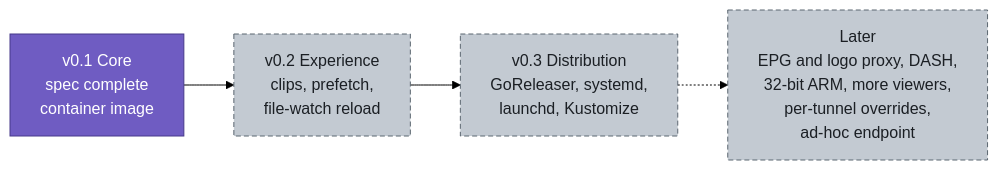
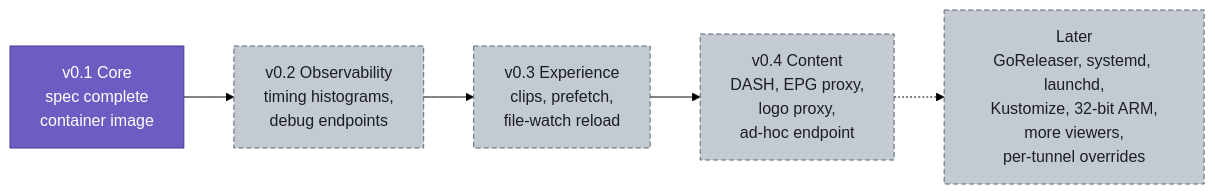
Before and after one commit to KingOfKalk/wg-stream-proxy: diagram 15 of 17 in docs/architecture.md, drawn with Mermaid (forest theme). The commit also changed other lines of this file and 3 other files, not shown here.

Commit message:
docs(spec): reorder the roadmap: v0.2 Observability, v0.3 Experience, v0.4 Content (#91)

````diff
--- a/docs/architecture.md
+++ b/docs/architecture.md
@@ -849,11 +850,12 @@
 ```mermaid
 flowchart LR
     v01["v0.1 Core<br/>spec complete<br/>container image"]:::proxy
-    v02["v0.2 Experience<br/>clips, prefetch,<br/>file-watch reload"]:::later
-    v03["v0.3 Distribution<br/>GoReleaser, systemd,<br/>launchd, Kustomize"]:::later
-    later["Later<br/>EPG and logo proxy, DASH,<br/>32-bit ARM, more viewers,<br/>per-tunnel overrides,<br/>ad-hoc endpoint"]:::later
-    v01 --> v02 --> v03 -.-> later
+    v02["v0.2 Observability<br/>timing histograms,<br/>debug endpoints"]:::later
+    v03["v0.3 Experience<br/>clips, prefetch,<br/>file-watch reload"]:::later
+    v04["v0.4 Content<br/>DASH, EPG proxy,<br/>logo proxy,<br/>ad-hoc endpoint"]:::later
+    later["Later<br/>GoReleaser, systemd, launchd,<br/>Kustomize, 32-bit ARM,<br/>more viewers,<br/>per-tunnel overrides"]:::later
+    v01 --> v02 --> v03 --> v04 -.-> later
 
     classDef proxy fill:#6f5cc2,stroke:#46398a,color:#ffffff
     classDef later fill:#c3cad2,stroke:#5b6670,color:#1b1f24,stroke-dasharray:5 3
 ```
````
